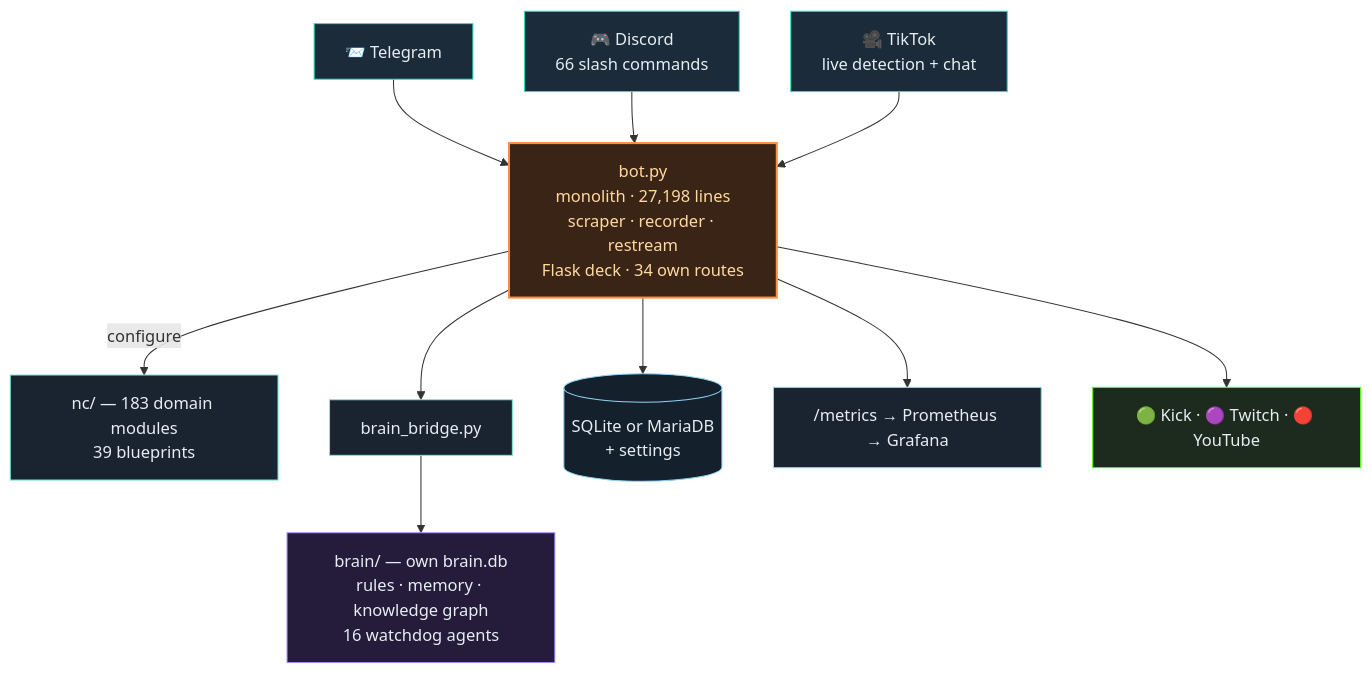
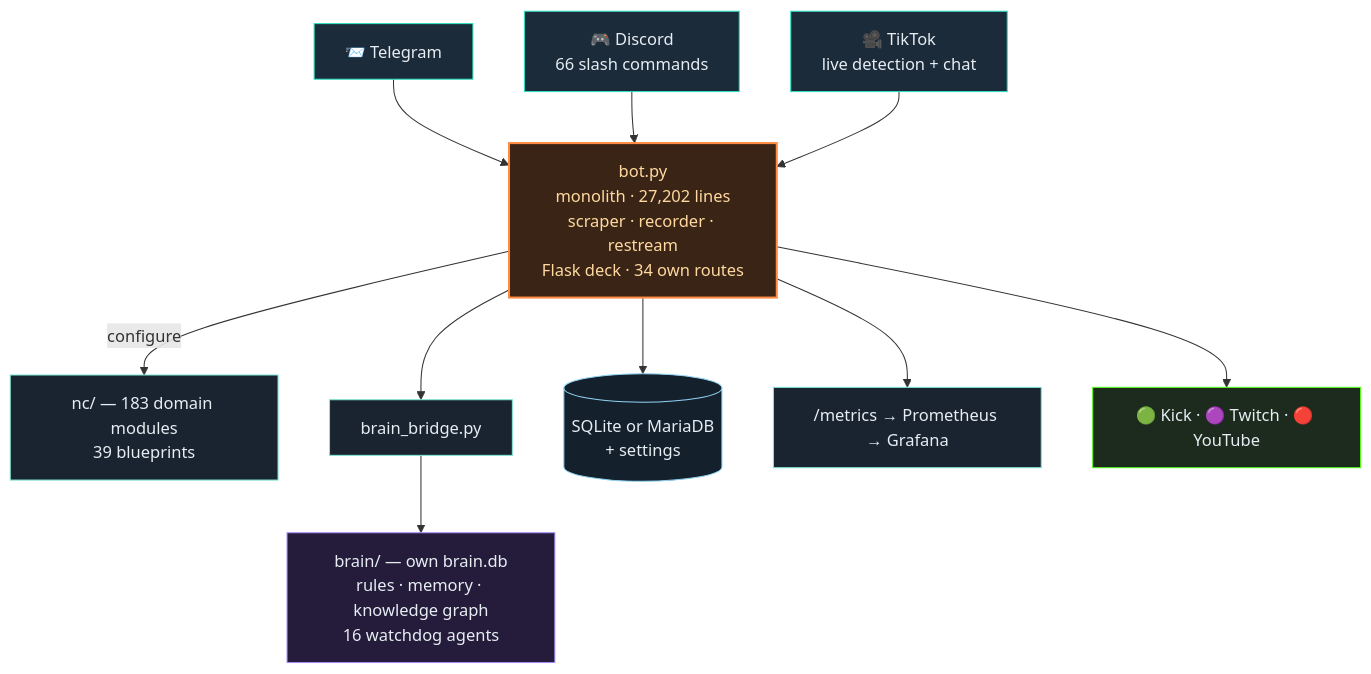
Before and after one commit to itsamemedev/Telegram-Stream-Info-Bot: the second of 3 diagrams in README.en.md, drawn with Mermaid. The commit also changed other lines of this file and 7 other files, not shown here.

````diff
--- a/README.en.md
+++ b/README.en.md
@@ -119,19 +119,19 @@
 ```mermaid
 flowchart TB
     TG["📨 Telegram"]:::ein --> BOT
     DC["🎮 Discord<br/>66 slash commands"]:::ein --> BOT
     TT["🎥 TikTok<br/>live detection + chat"]:::ein --> BOT
-    BOT["bot.py<br/>monolith · 27,198 lines<br/>scraper · recorder · restream<br/>Flask deck · 34 own routes"]:::core
+    BOT["bot.py<br/>monolith · 27,202 lines<br/>scraper · recorder · restream<br/>Flask deck · 34 own routes"]:::core
     BOT -->|configure| NC["nc/ — 183 domain modules<br/>39 blueprints"]:::lib
     BOT --> BR["brain_bridge.py"]:::lib
     BR --> BRAIN["brain/ — own brain.db<br/>rules · memory · knowledge graph<br/>16 watchdog agents"]:::brain
     BOT --> DB[("SQLite or MariaDB<br/>+ settings")]:::db
     BOT --> PROM["/metrics → Prometheus → Grafana"]:::lib
     BOT --> OUT["🟢 Kick · 🟣 Twitch · 🔴 YouTube"]:::out
     classDef ein fill:#1c2b3a,stroke:#2de1c2,color:#e6edf3
     classDef core fill:#3a2415,stroke:#ff8c42,stroke-width:2px,color:#ffd9a0
     classDef lib fill:#1a2430,stroke:#7fe7d4,color:#e6edf3
     classDef brain fill:#241c3a,stroke:#a78bfa,color:#e6edf3
     classDef db fill:#14202c,stroke:#8fd3f4,color:#e6edf3
     classDef out fill:#1c2b1e,stroke:#53fc18,color:#e6edf3
 ```
````
